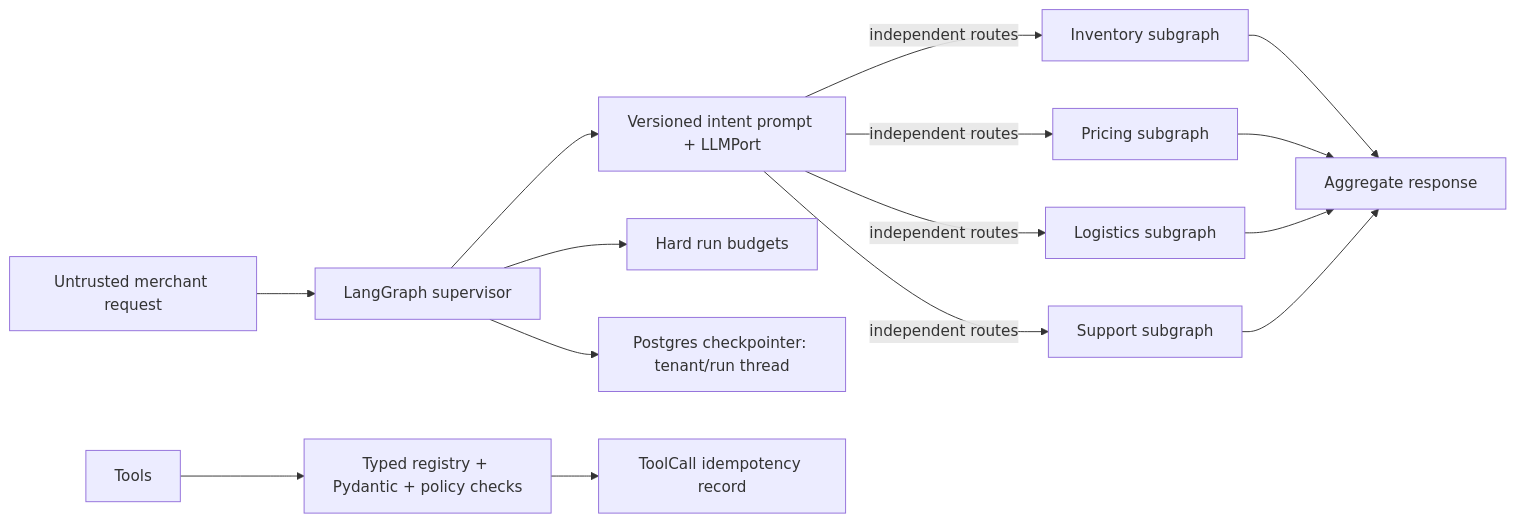
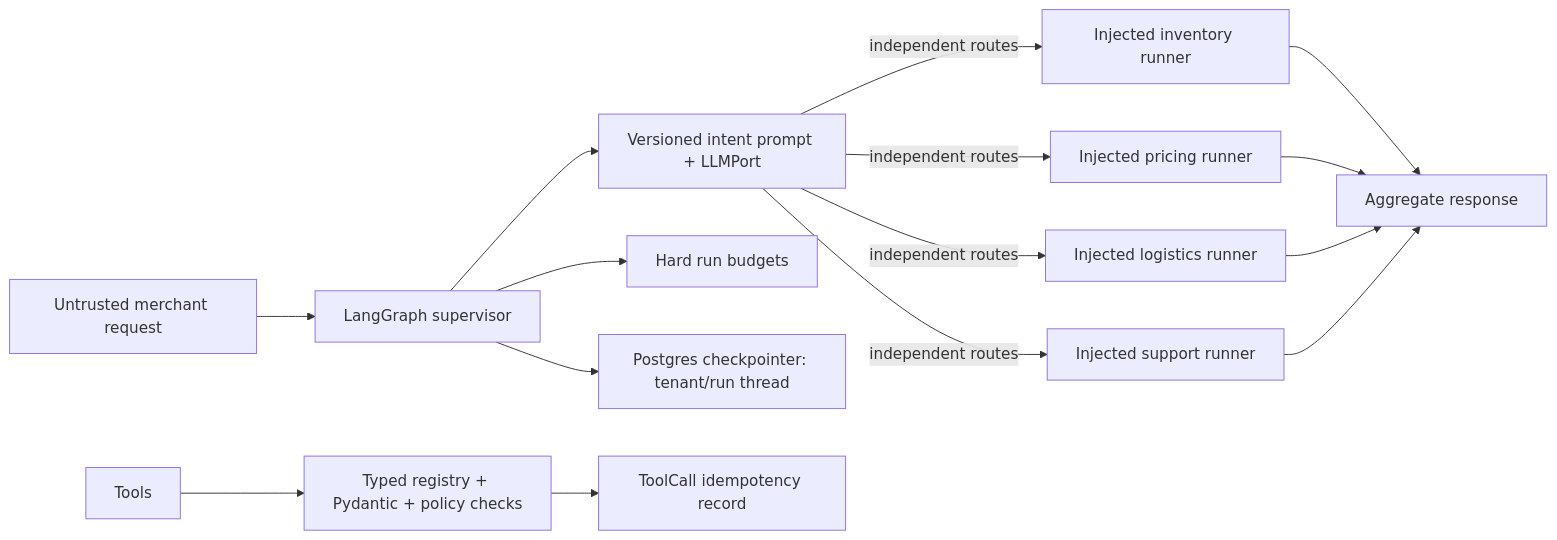
Before and after one commit to emmanuelmassawe/Multi-agent-e-commerce-platform: the second of 2 diagrams in docs/architecture/03-agent-components.md, drawn with Mermaid. The commit also changed other lines of this file and 24 other files, not shown here.

````diff
--- a/docs/architecture/03-agent-components.md
+++ b/docs/architecture/03-agent-components.md
@@ -40,17 +45,17 @@
 ```mermaid
 flowchart LR
   Request[Untrusted merchant request] --> Supervisor[LangGraph supervisor]
   Supervisor --> Classify[Versioned intent prompt + LLMPort]
-  Classify -->|independent routes| Inventory[Inventory subgraph]
-  Classify -->|independent routes| Pricing[Pricing subgraph]
-  Classify -->|independent routes| Logistics[Logistics subgraph]
-  Classify -->|independent routes| Support[Support subgraph]
+  Classify -->|independent routes| Inventory[Injected inventory runner]
+  Classify -->|independent routes| Pricing[Injected pricing runner]
+  Classify -->|independent routes| Logistics[Injected logistics runner]
+  Classify -->|independent routes| Support[Injected support runner]
   Inventory --> Merge[Aggregate response]
   Pricing --> Merge
   Logistics --> Merge
   Support --> Merge
   Supervisor --> Budget[Hard run budgets]
   Supervisor --> Checkpoints[Postgres checkpointer: tenant/run thread]
   Tools --> Registry[Typed registry + Pydantic + policy checks]
   Registry --> ToolCallTable[ToolCall idempotency record]
 ```
````
